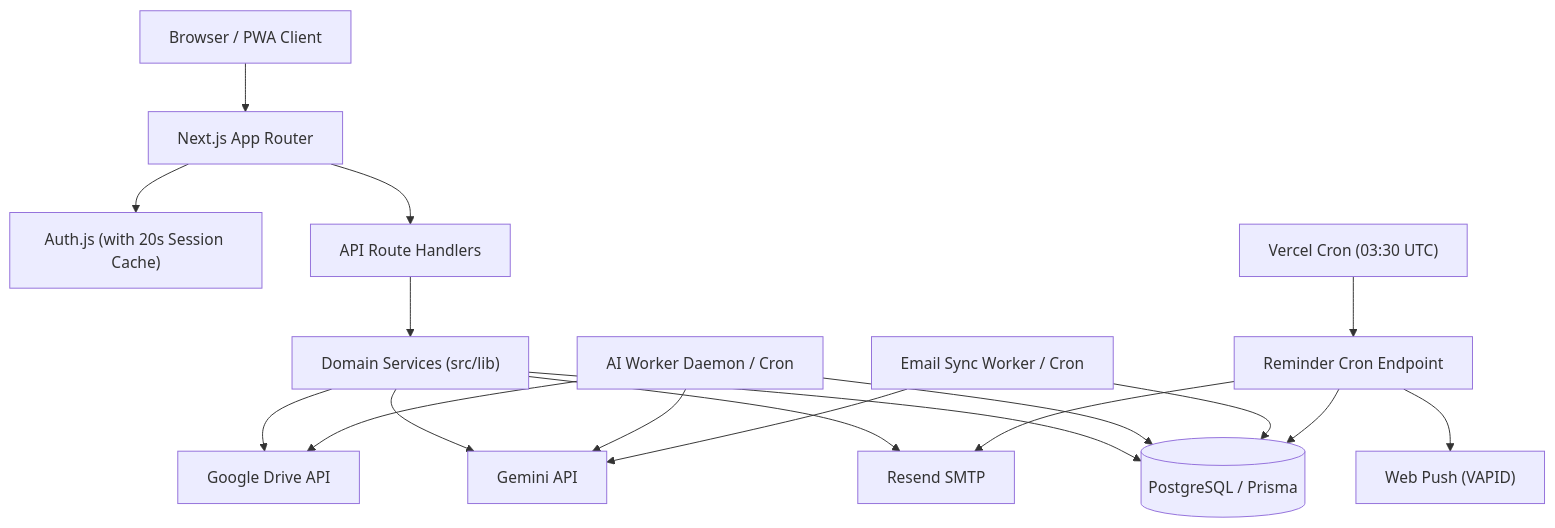
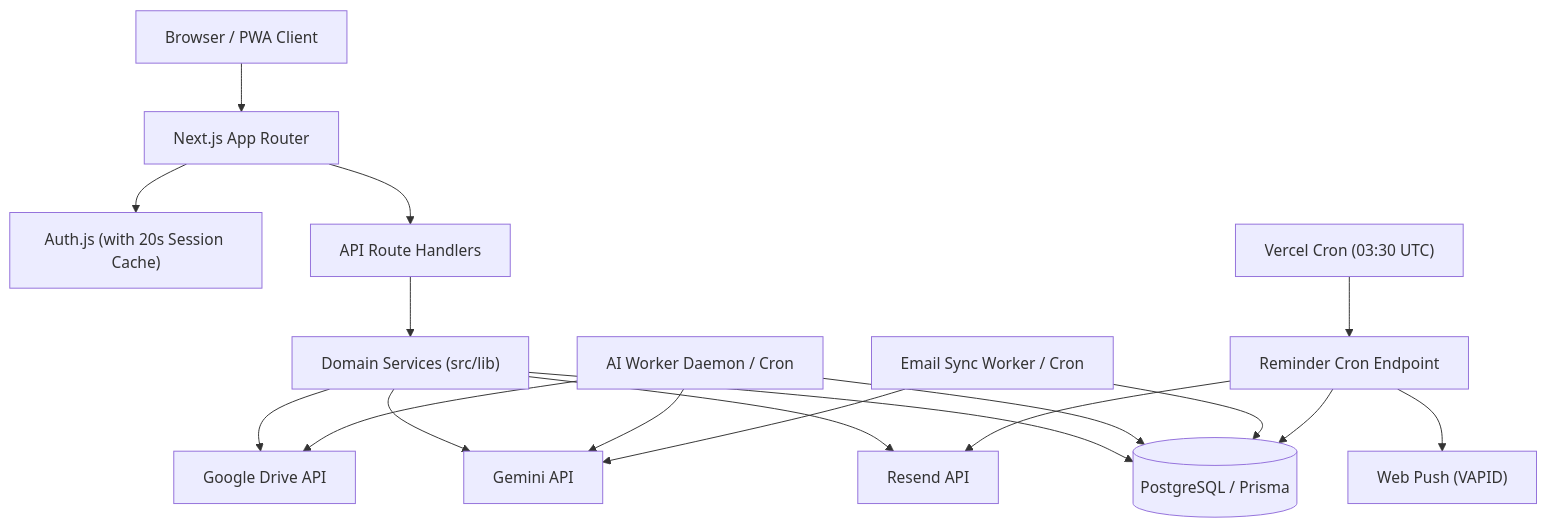
The first of 2 diagrams in .agents/ARCHITECTURE.md (mehtanilay10/Vaulty), drawn with Mermaid before and after one commit. The commit also changed other lines of this file and 101 other files, not shown here.

````diff
--- a/.agents/ARCHITECTURE.md
+++ b/.agents/ARCHITECTURE.md
@@ -20,20 +21,20 @@
 ```mermaid
 flowchart TD
   Browser["Browser / PWA Client"] --> Next["Next.js App Router"]
   Next --> Auth["Auth.js (with 20s Session Cache)"]
   Next --> API["API Route Handlers"]
   API --> Domain["Domain Services (src/lib)"]
   Domain --> DB[("PostgreSQL / Prisma")]
   Domain --> Drive["Google Drive API"]
   Domain --> Gemini["Gemini API"]
-  Domain --> Mail["Resend SMTP"]
+  Domain --> Mail["Resend API"]
   AIWorker["AI Worker Daemon / Cron"] --> DB
   AIWorker --> Drive
   AIWorker --> Gemini
   EmailWorker["Email Sync Worker / Cron"] --> DB
   EmailWorker --> Gemini
   Cron["Vercel Cron (03:30 UTC)"] --> ReminderCron["Reminder Cron Endpoint"]
   ReminderCron --> DB
   ReminderCron --> Mail
   ReminderCron --> WebPush["Web Push (VAPID)"]
 ```
````
